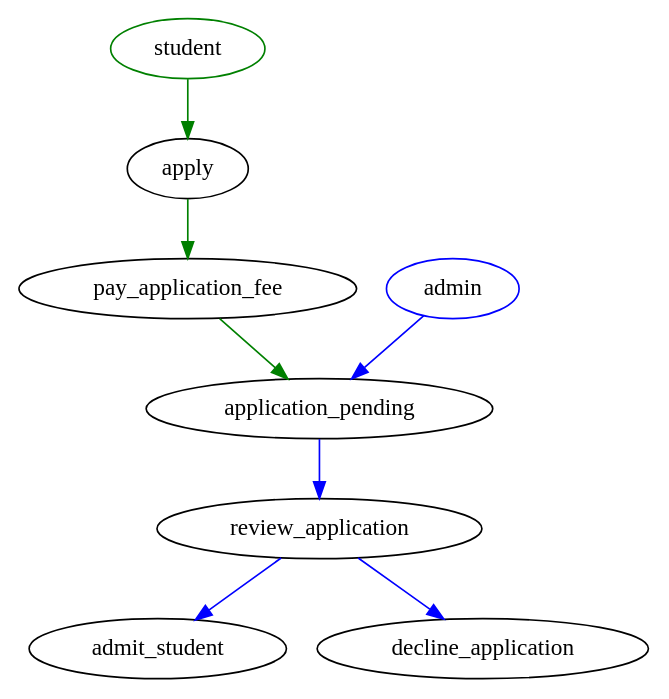
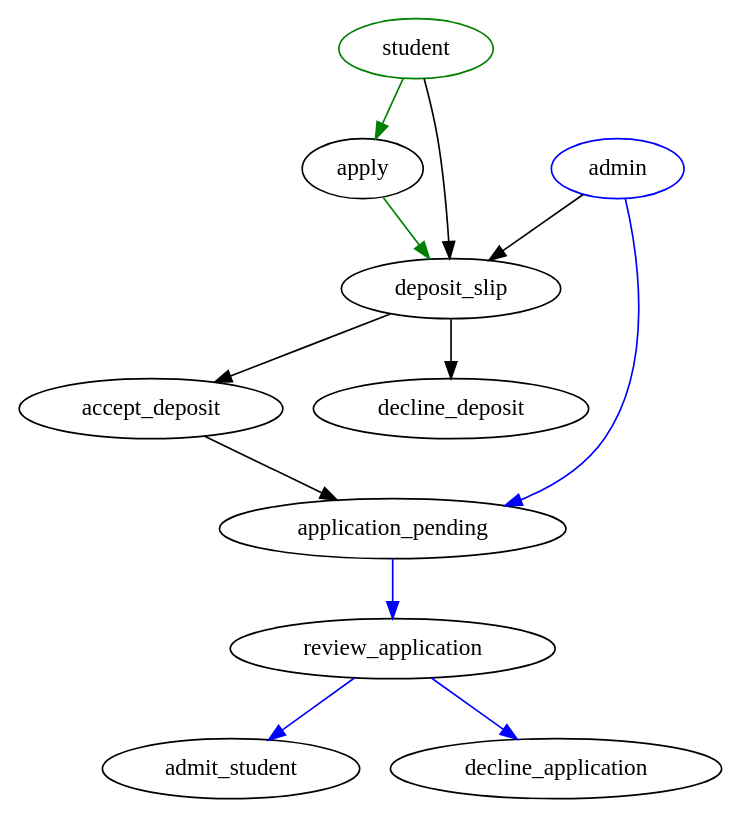
One commit to SIS101/SIS101 changed the diagram in New Graphviz.gv. Above: the diagram before and after it, drawn with Graphviz. The commit also changed 5 other files, not shown here.

```diff
--- a/New Graphviz.gv
+++ b/New Graphviz.gv
@@ -1,11 +1,15 @@
 digraph G {
 
 student [color="green"];
 admin [color="blue"];
 
-student -> apply -> pay_application_fee -> application_pending [color="green"];
+student -> apply -> deposit_slip [color="green"];
+student -> deposit_slip;
+
+admin -> deposit_slip -> accept_deposit -> application_pending;
+deposit_slip -> decline_deposit;
 
 admin -> application_pending -> review_application -> admit_student [color="blue"];
 review_application -> decline_application [color="blue"];
 
 }
```
